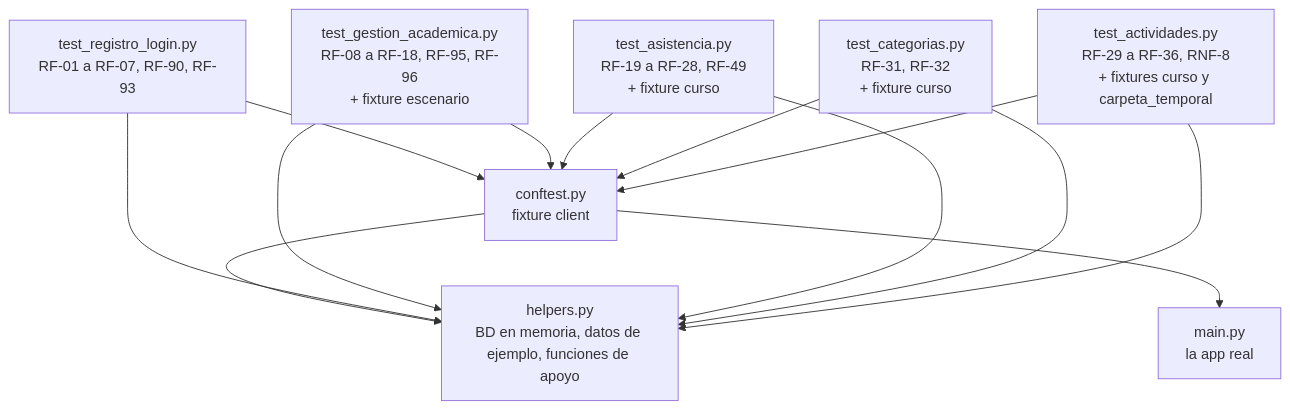
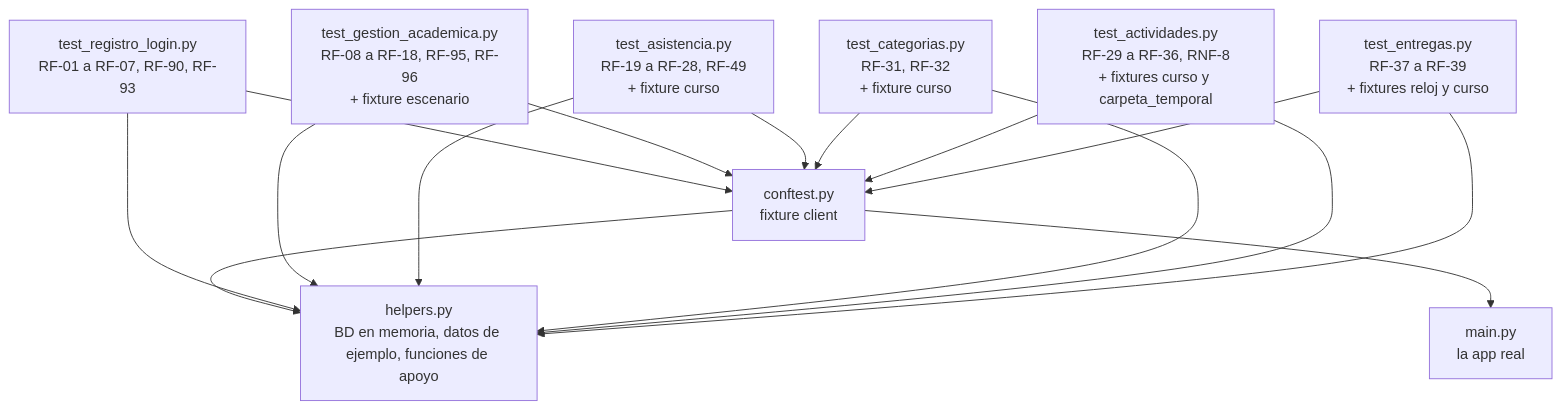
Before and after one commit to Huitrado/SEPA: the diagram in docs/backend/07-pruebas.md, drawn with Mermaid. The commit also changed other lines of this file and 12 other files, not shown here.

````diff
--- a/docs/backend/07-pruebas.md
+++ b/docs/backend/07-pruebas.md
@@ -50,15 +50,17 @@
 ```mermaid
 flowchart TD
     C["conftest.py<br/>fixture client"] --> H["helpers.py<br/>BD en memoria, datos de ejemplo, funciones de apoyo"]
     C --> M["main.py<br/>la app real"]
     T1["test_registro_login.py<br/>RF-01 a RF-07, RF-90, RF-93"] --> C
     T1 --> H
     T2["test_gestion_academica.py<br/>RF-08 a RF-18, RF-95, RF-96<br/>+ fixture escenario"] --> C
     T2 --> H
     T3["test_asistencia.py<br/>RF-19 a RF-28, RF-49<br/>+ fixture curso"] --> C
     T3 --> H
     T4["test_categorias.py<br/>RF-31, RF-32<br/>+ fixture curso"] --> C
     T4 --> H
     T5["test_actividades.py<br/>RF-29 a RF-36, RNF-8<br/>+ fixtures curso y carpeta_temporal"] --> C
     T5 --> H
+    T6["test_entregas.py<br/>RF-37 a RF-39<br/>+ fixtures reloj y curso"] --> C
+    T6 --> H
 ```
````
